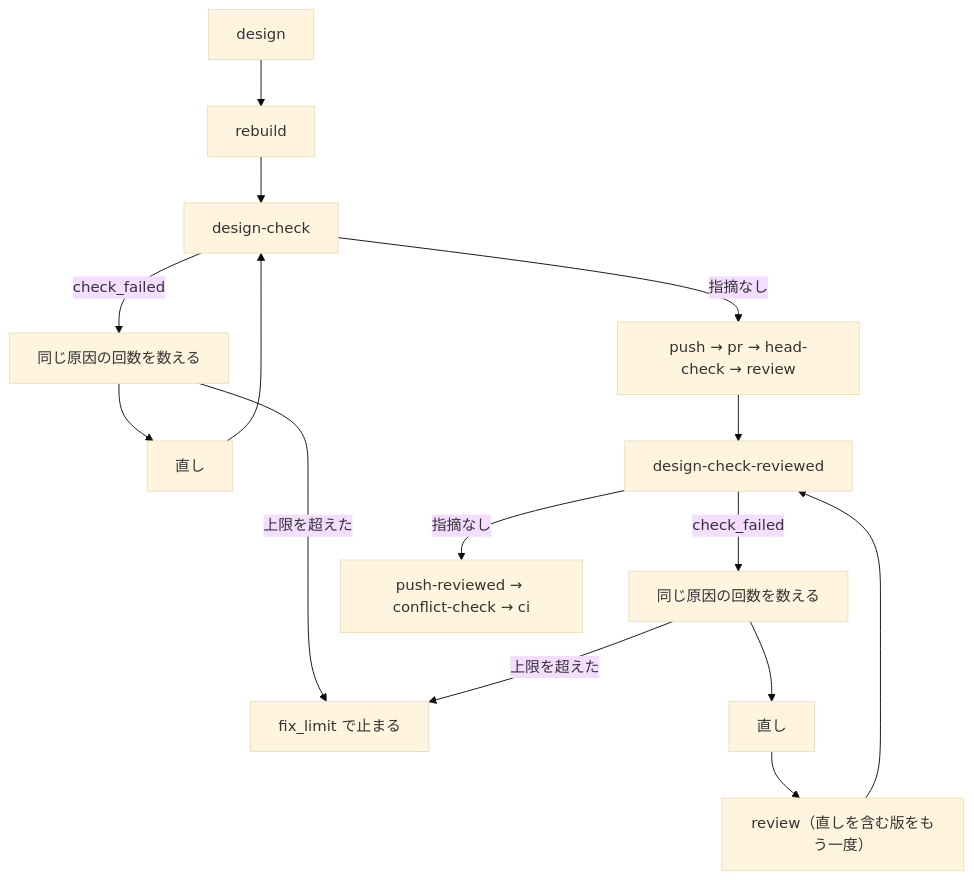
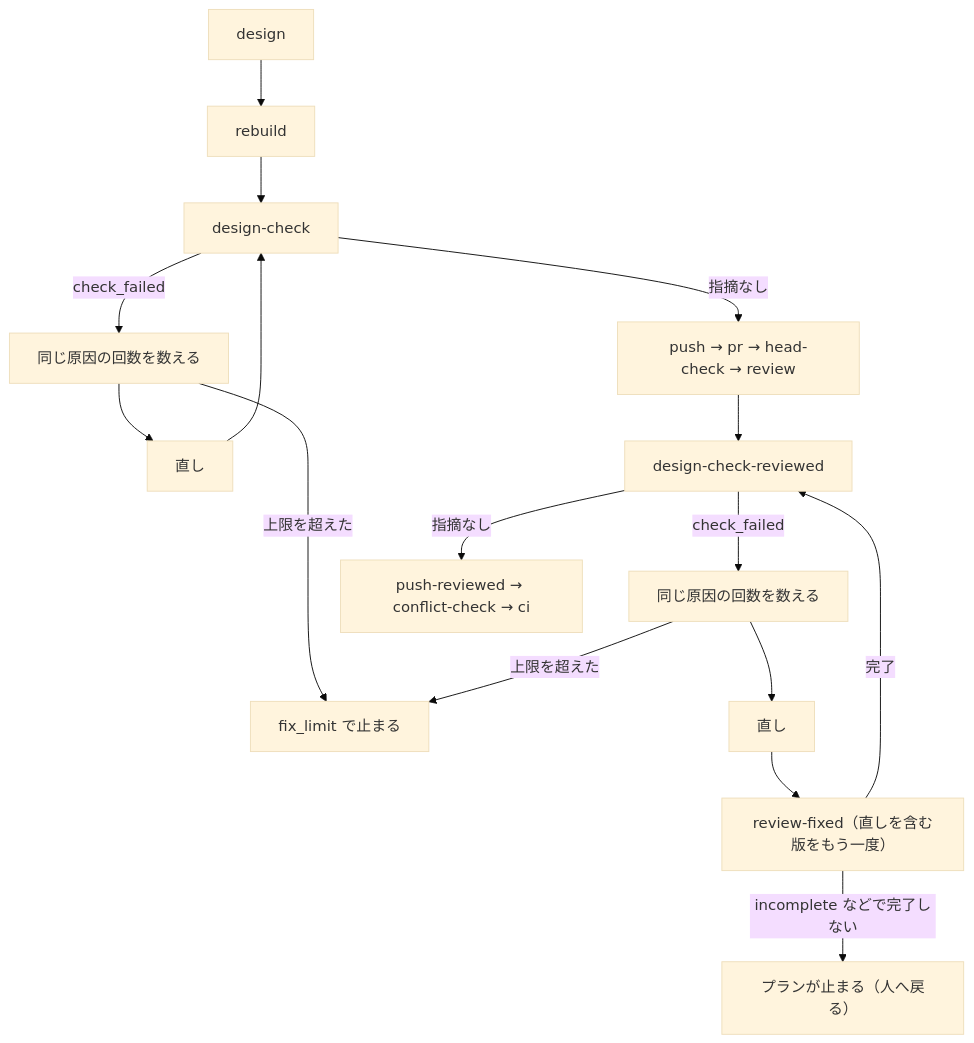
The third of 4 diagrams in issues/issue-2912-design.md (devbasex/ai-plugins), drawn with Mermaid (base theme) before and after one commit. The commit also changed other lines of this file and 1 other file, not shown here.

````diff
--- a/issues/issue-2912-design.md
+++ b/issues/issue-2912-design.md
@@ -220,11 +225,13 @@
 ```mermaid
 graph TD
     d["design"] --> r["rebuild"] --> c1["design-check"]
     c1 -->|"check_failed"| n1["同じ原因の回数を数える"] --> f1["直し"] --> c1
     n1 -->|"上限を超えた"| s["fix_limit で止まる"]
     c1 -->|"指摘なし"| p["push → pr → head-check → review"]
     p --> c2["design-check-reviewed"]
-    c2 -->|"check_failed"| n2["同じ原因の回数を数える"] --> f2["直し"] --> rv["review（直しを含む版をもう一度）"] --> c2
+    c2 -->|"check_failed"| n2["同じ原因の回数を数える"] --> f2["直し"] --> rv["review-fixed（直しを含む版をもう一度）"]
+    rv -->|"完了"| c2
+    rv -->|"incomplete などで完了しない"| s2["プランが止まる（人へ戻る）"]
     n2 -->|"上限を超えた"| s
     c2 -->|"指摘なし"| q["push-reviewed → conflict-check → ci"]
 ```
````
